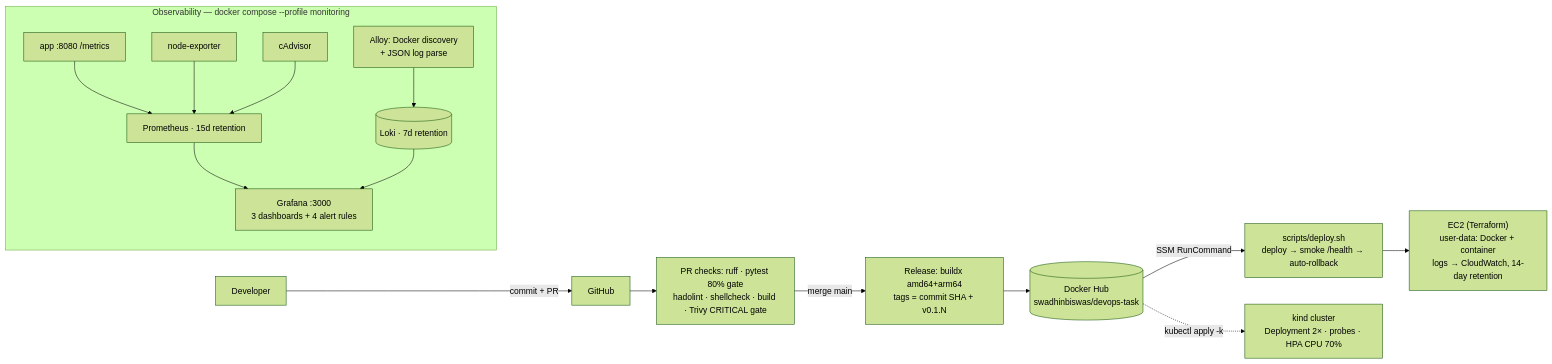
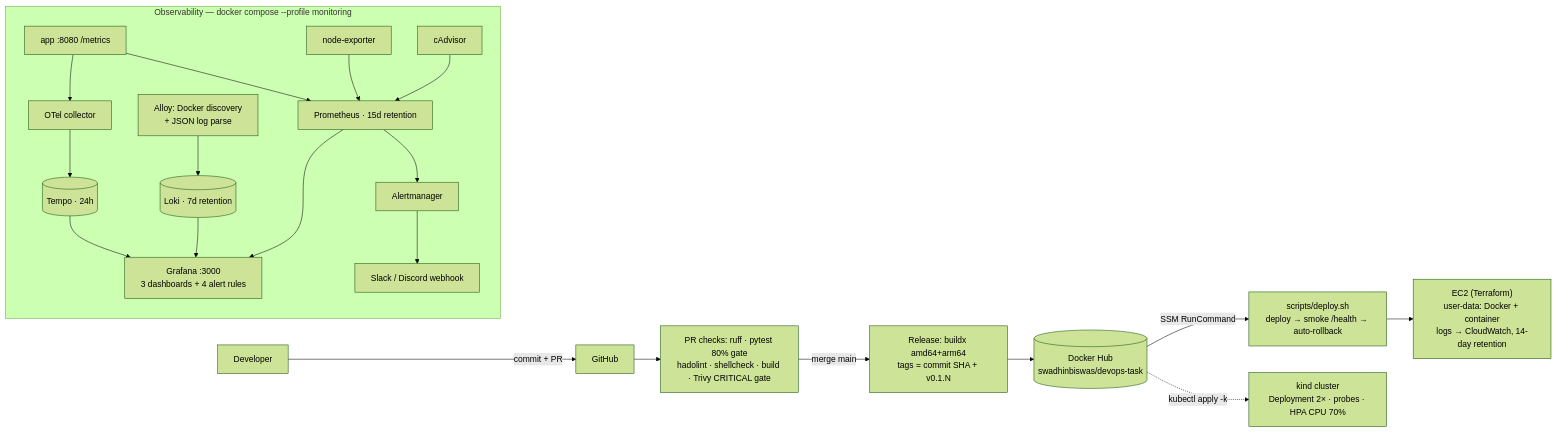
One commit to swadhin-biswas/devops-assesment changed the diagram in README.md. Above: the diagram before and after it, drawn with Mermaid (forest theme). The commit also changed other lines of this file and 34 other files, not shown here.

````diff
--- a/README.md
+++ b/README.md
@@ -77,19 +83,22 @@
 ```mermaid
 flowchart LR
     dev[Developer] -->|commit + PR| gh[GitHub]
     gh --> ci["PR checks: ruff · pytest 80% gate<br/>hadolint · shellcheck · build · Trivy CRITICAL gate"]
     ci -->|merge main| rel["Release: buildx amd64+arm64<br/>tags = commit SHA + v0.1.N"]
     rel --> hub[(Docker Hub<br/>swadhinbiswas/devops-task)]
     hub -->|SSM RunCommand| dep["scripts/deploy.sh<br/>deploy → smoke /health → auto-rollback"]
     dep --> ec2["EC2 (Terraform)<br/>user-data: Docker + container<br/>logs → CloudWatch, 14-day retention"]
     hub -.->|kubectl apply -k| k8s["kind cluster<br/>Deployment 2× · probes · HPA CPU 70%"]
 
     subgraph obs ["Observability — docker compose --profile monitoring"]
         app["app :8080 /metrics"] --> prom[Prometheus · 15d retention]
         ne[node-exporter] --> prom
         cad[cAdvisor] --> prom
         alloy["Alloy: Docker discovery<br/>+ JSON log parse"] --> loki[(Loki · 7d retention)]
+        app --> otel["OTel collector"] --> tempo[(Tempo · 24h)]
+        prom --> am[Alertmanager] --> hook[Slack / Discord webhook]
         prom --> graf["Grafana :3000<br/>3 dashboards + 4 alert rules"]
         loki --> graf
+        tempo --> graf
     end
 ```
````
